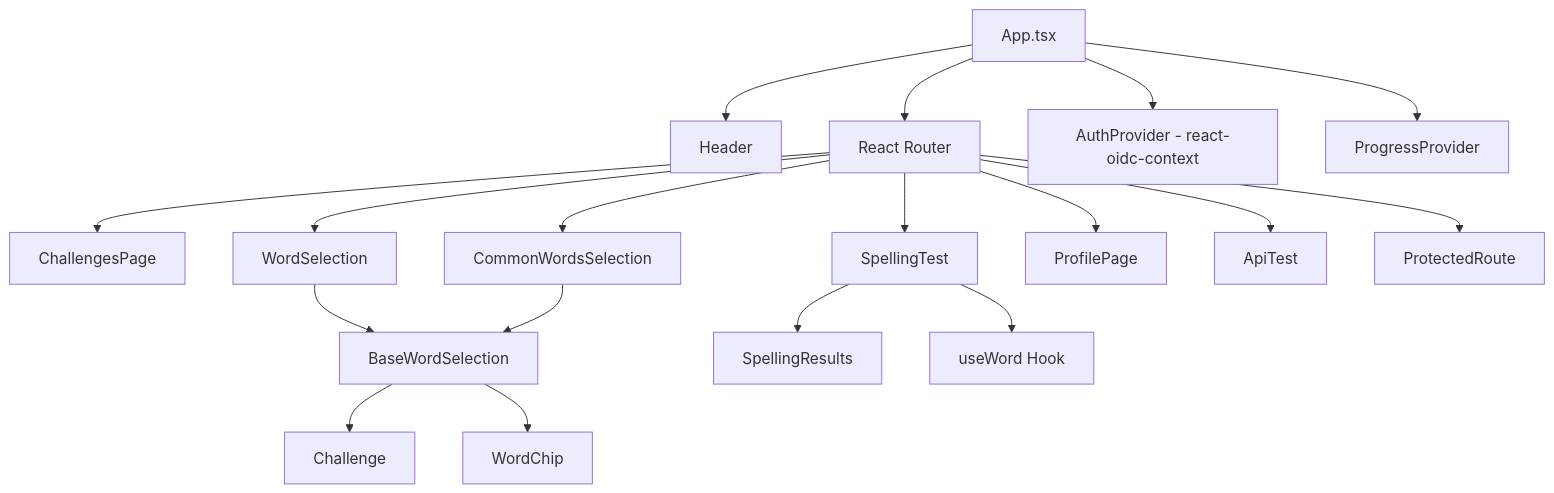
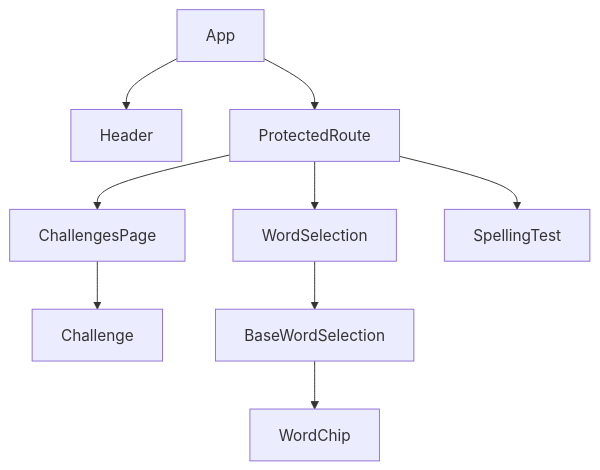
Before and after one commit to getOffIt/spellingWebsite: the first of 2 diagrams in .sop/summary/components.md, drawn with Mermaid. The commit also changed other lines of this file and 17 other files, not shown here.

````diff
--- a/.sop/summary/components.md
+++ b/.sop/summary/components.md
@@ -5,23 +172,11 @@
 ```mermaid
 graph TD
-    App[App.tsx] --> Header[Header]
-    App --> Router[React Router]
-    Router --> ChallengesPage[ChallengesPage]
-    Router --> WordSelection[WordSelection]
-    Router --> CommonWordsSelection[CommonWordsSelection]
-    Router --> SpellingTest[SpellingTest]
-    Router --> ProfilePage[ProfilePage]
-    Router --> ApiTest[ApiTest]
-    Router --> ProtectedRoute[ProtectedRoute]
-    
-    WordSelection --> BaseWordSelection[BaseWordSelection]
-    CommonWordsSelection --> BaseWordSelection
-    BaseWordSelection --> Challenge[Challenge]
-    BaseWordSelection --> WordChip[WordChip]
-    
-    SpellingTest --> SpellingResults[SpellingResults]
-    SpellingTest --> useWord[useWord Hook]
-    
-    App --> AuthProvider[AuthProvider - react-oidc-context]
-    App --> ProgressProvider[ProgressProvider]
+    App --> Header
+    App --> ProtectedRoute
+    ProtectedRoute --> ChallengesPage
+    ChallengesPage --> Challenge
+    ProtectedRoute --> WordSelection
+    WordSelection --> BaseWordSelection
+    BaseWordSelection --> WordChip
+    ProtectedRoute --> SpellingTest
 ```
````
